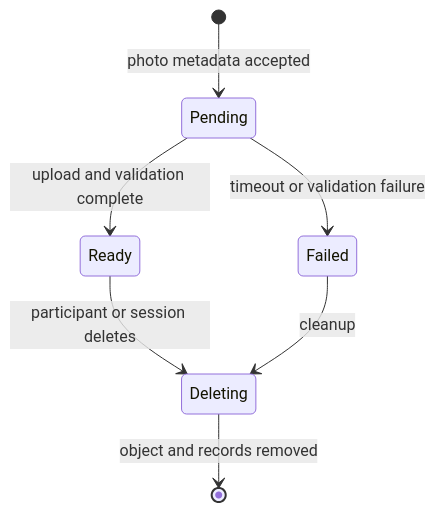
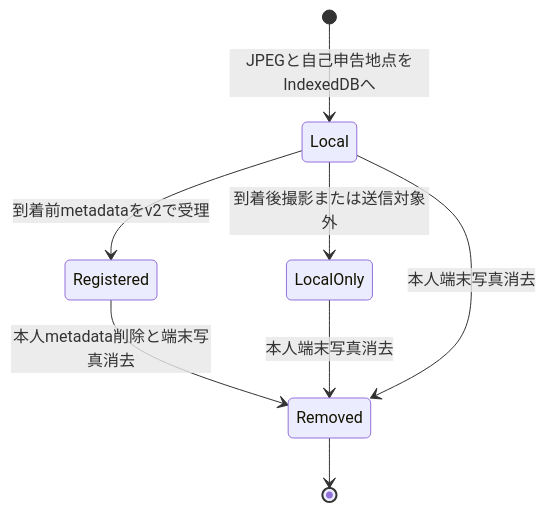
One commit to Mino829/trace-campus-installation changed the second of 4 diagrams in docs/state-machine.md. Above: the diagram before and after it, drawn with Mermaid. The commit also changed other lines of this file and 23 other files, not shown here.

````diff
--- a/docs/state-machine.md
+++ b/docs/state-machine.md
@@ -59,9 +49,10 @@
 ```mermaid
 stateDiagram-v2
-    [*] --> Pending: photo metadata accepted
-    Pending --> Ready: upload and validation complete
-    Pending --> Failed: timeout or validation failure
-    Ready --> Deleting: participant or session deletes
-    Failed --> Deleting: cleanup
-    Deleting --> [*]: object and records removed
+    [*] --> Local: JPEGと自己申告地点をIndexedDBへ
+    Local --> Registered: 到着前metadataをv2で受理
+    Local --> LocalOnly: 到着後撮影または送信対象外
+    Registered --> Removed: 本人metadata削除と端末写真消去
+    LocalOnly --> Removed: 本人端末写真消去
+    Local --> Removed: 本人端末写真消去
+    Removed --> [*]
 ```
````
